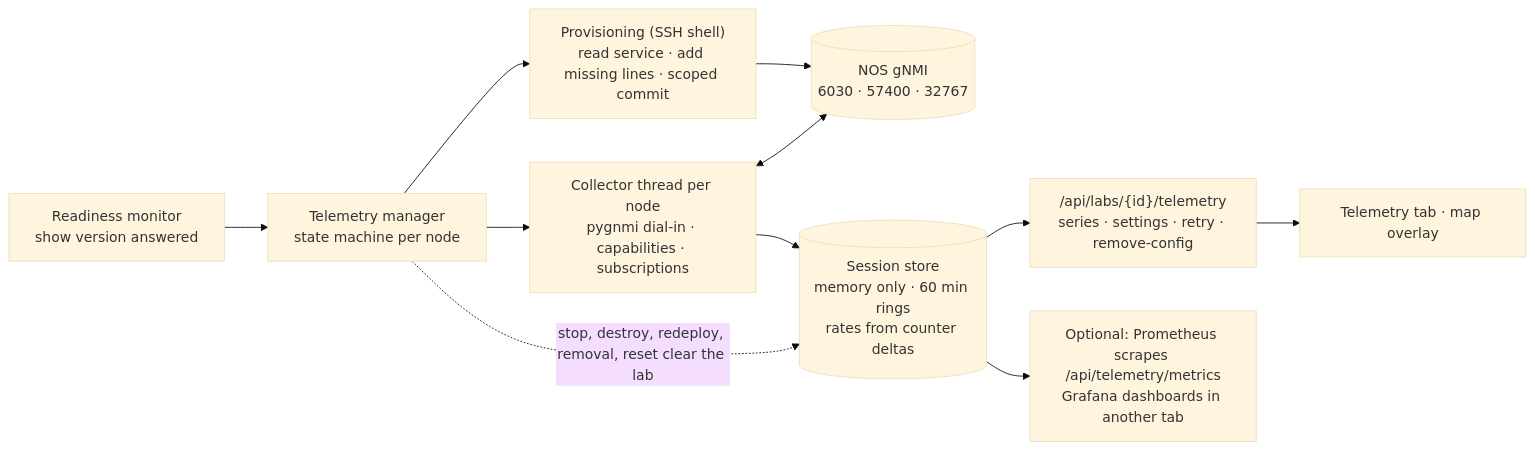
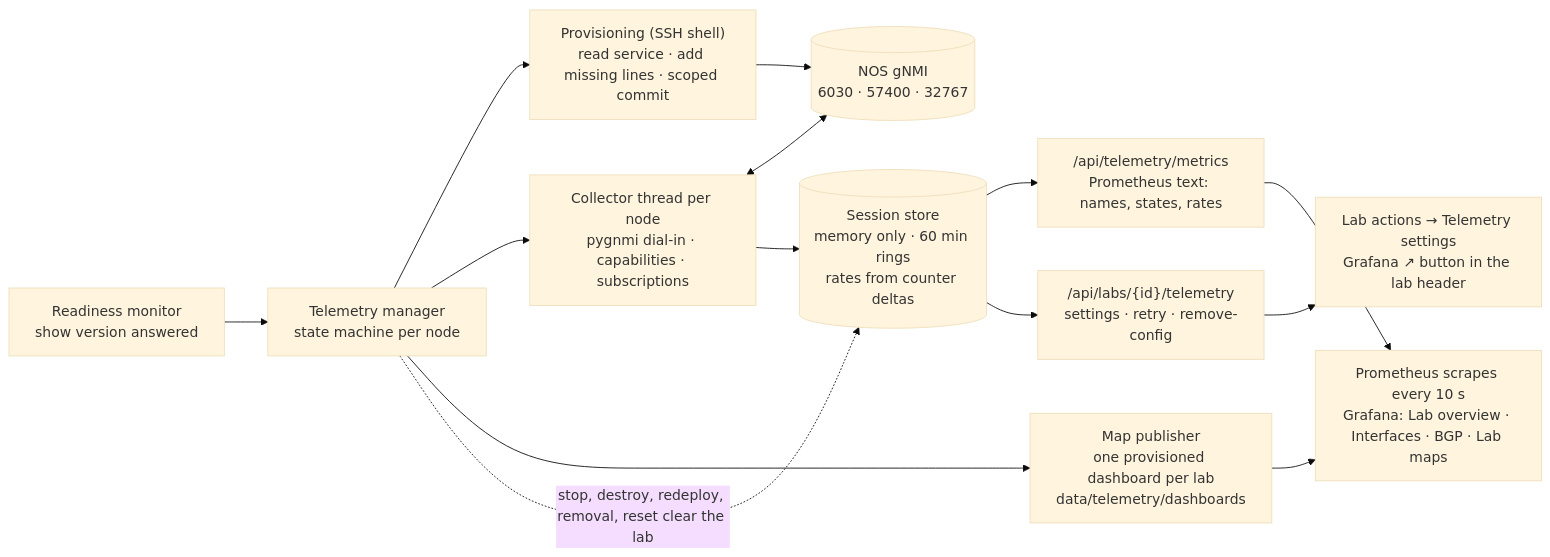
The fourth of 5 diagrams in docs/ARCHITECTURE.md (ArchRuger/CLAB-BACKUP-WORKER-v2), drawn with Mermaid (base theme) before and after one commit. The commit also changed other lines of this file and 71 other files, not shown here.

First line of the commit message:
Audit the guides and the installer, move telemetry to Grafana; release 1.25.0

````diff
--- a/docs/ARCHITECTURE.md
+++ b/docs/ARCHITECTURE.md
@@ -102,17 +106,20 @@
 ```mermaid
 flowchart LR
     R["Readiness monitor<br/>show version answered"]
     T["Telemetry manager<br/>state machine per node"]
     P["Provisioning (SSH shell)<br/>read service · add missing lines · scoped commit"]
     C["Collector thread per node<br/>pygnmi dial-in · capabilities · subscriptions"]
     S[("Session store<br/>memory only · 60 min rings<br/>rates from counter deltas")]
-    A["/api/labs/{id}/telemetry<br/>series · settings · retry · remove-config"]
-    U["Telemetry tab · map overlay"]
-    G["Optional: Prometheus scrapes /api/telemetry/metrics<br/>Grafana dashboards in another tab"]
+    X["/api/telemetry/metrics<br/>Prometheus text: names, states, rates"]
+    A["/api/labs/{id}/telemetry<br/>settings · retry · remove-config"]
+    U["Lab actions → Telemetry settings<br/>Grafana ↗ button in the lab header"]
+    MP["Map publisher<br/>one provisioned dashboard per lab<br/>data/telemetry/dashboards"]
+    G["Prometheus scrapes every 10 s<br/>Grafana: Lab overview · Interfaces · BGP · Lab maps"]
     N[("NOS gNMI<br/>6030 · 57400 · 32767")]
     R --> T --> P --> N
     T --> C <--> N
-    C --> S --> A --> U
-    S --> G
+    C --> S --> X --> G
+    S --> A --> U
+    T --> MP --> G
     T -. "stop, destroy, redeploy, removal, reset clear the lab" .-> S
 ```
````
